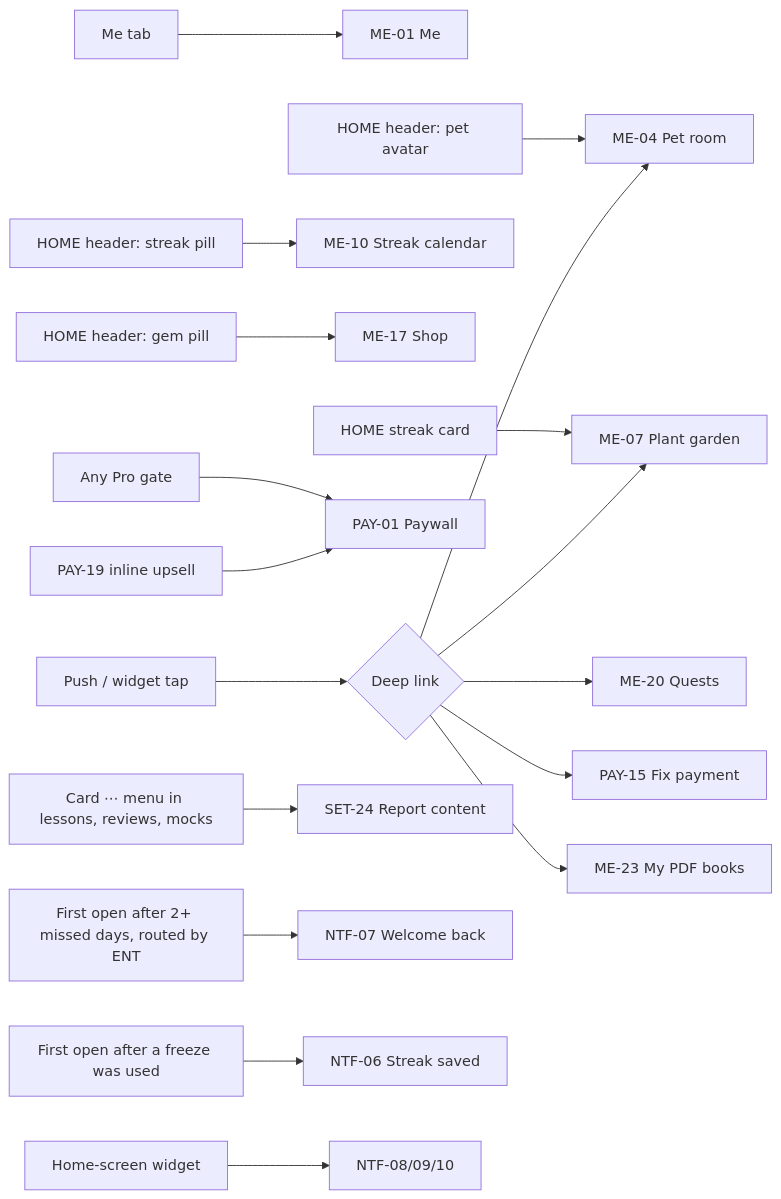
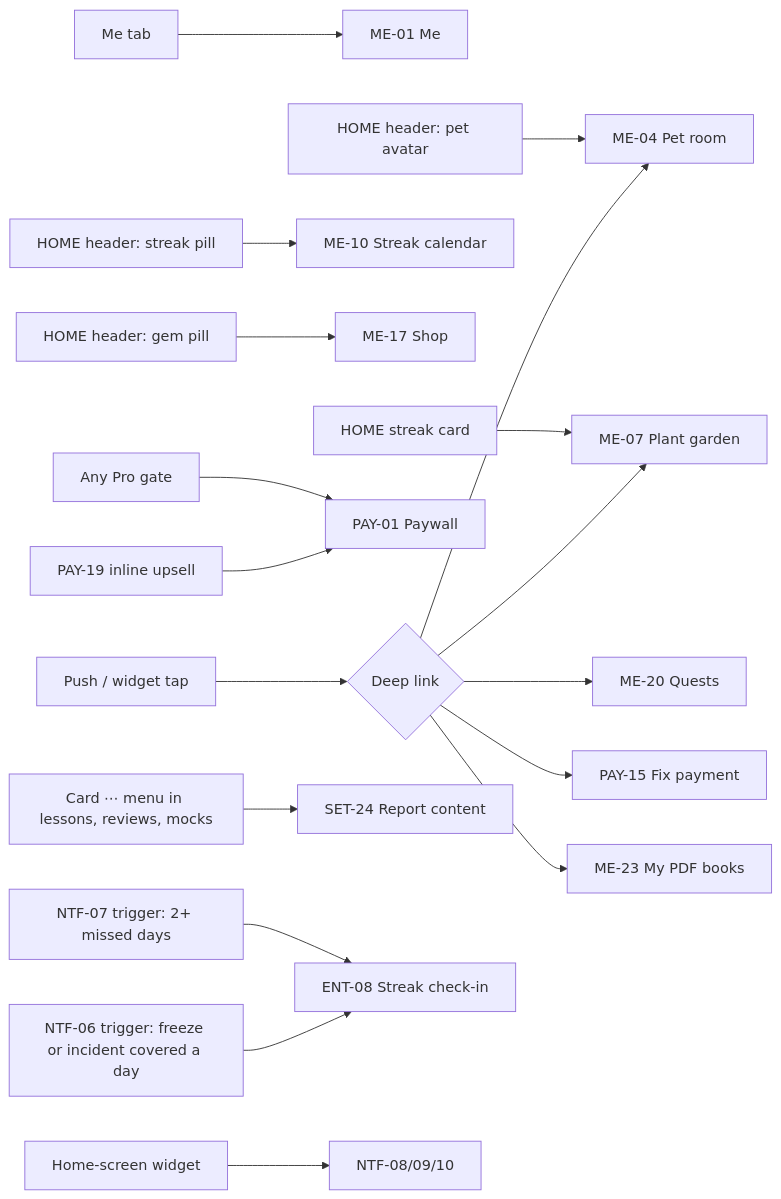
Before and after one commit to saksham1991999/smriti: the first of 14 diagrams in docs/flows/me-money.md, drawn with Mermaid. The commit also changed other lines of this file and 17 other files, not shown here.

````diff
--- a/docs/flows/me-money.md
+++ b/docs/flows/me-money.md
@@ -60,16 +60,16 @@
 ```mermaid
 flowchart LR
   Tab[Me tab] --> ME01[ME-01 Me]
   HomeHdr[HOME header: pet avatar] --> ME04[ME-04 Pet room]
   HomeStreak[HOME header: streak pill] --> ME10[ME-10 Streak calendar]
   HomeGems[HOME header: gem pill] --> ME17[ME-17 Shop]
   HomeCard[HOME streak card] --> ME07[ME-07 Plant garden]
   Gate[Any Pro gate] --> PAY01[PAY-01 Paywall]
   Upsell[PAY-19 inline upsell] --> PAY01
   Push[Push / widget tap] --> Deep{Deep link}
   Deep --> ME04 & ME07 & ME20[ME-20 Quests] & PAY15[PAY-15 Fix payment] & ME23[ME-23 My PDF books]
   CardMenu[Card ⋯ menu in lessons, reviews, mocks] --> SET24[SET-24 Report content]
-  Comeback[First open after 2+ missed days, routed by ENT] --> NTF07[NTF-07 Welcome back]
-  Freeze[First open after a freeze was used] --> NTF06[NTF-06 Streak saved]
+  Comeback[NTF-07 trigger: 2+ missed days] --> ENT08[ENT-08 Streak check-in]
+  Freeze[NTF-06 trigger: freeze or incident covered a day] --> ENT08
   Widget[Home-screen widget] --> NTF08[NTF-08/09/10]
 ```
````
